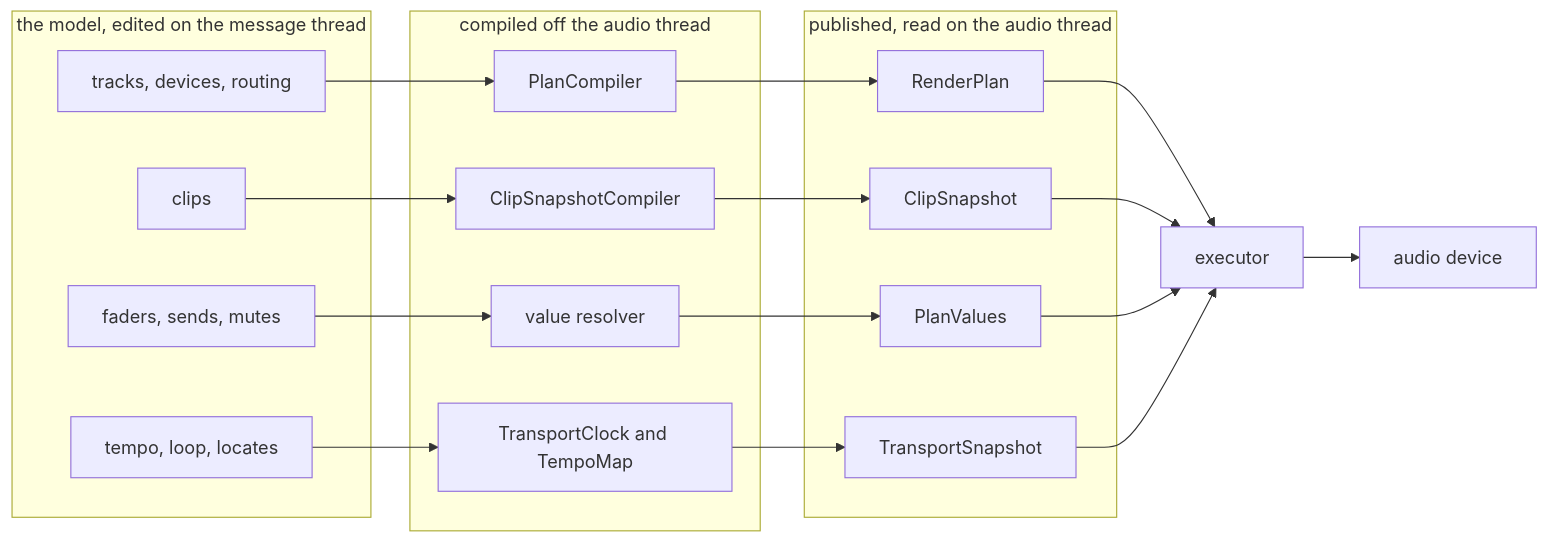
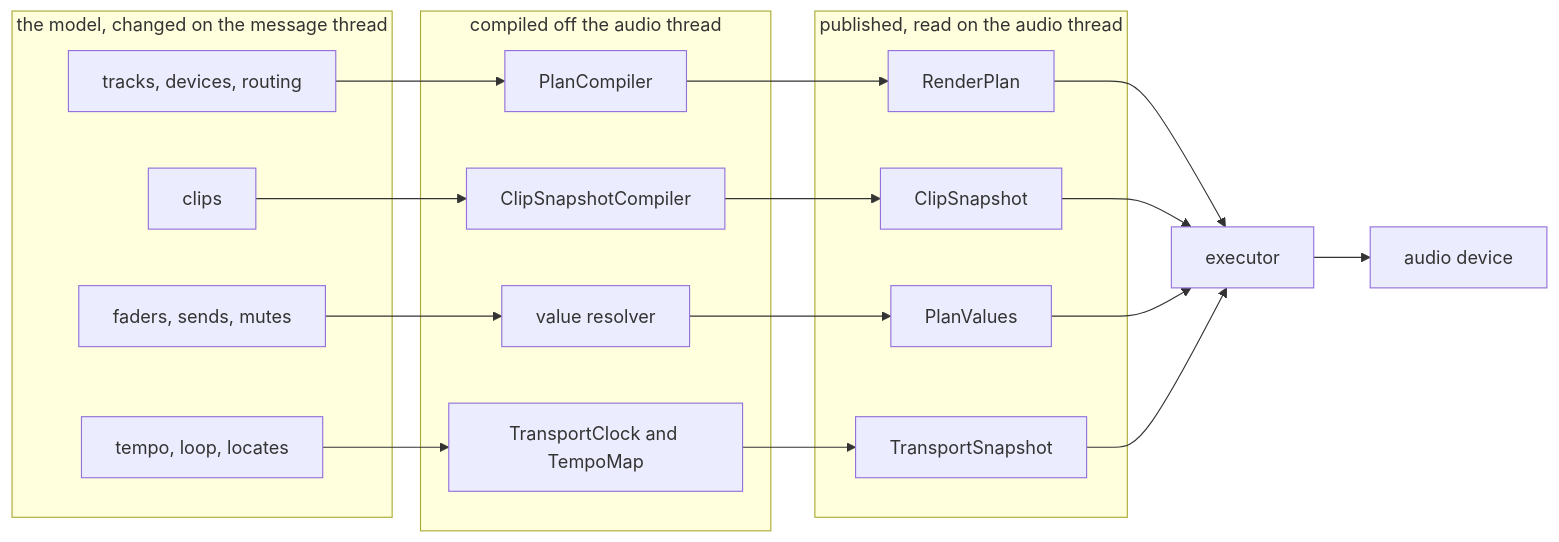
One commit to Conceptual-Machines/magda-core changed the first of 6 diagrams in docs/architecture/native-engine.md. Above: the diagram before and after it, drawn with Mermaid. The commit also changed other lines of this file, not shown here.

````diff
--- a/docs/architecture/native-engine.md
+++ b/docs/architecture/native-engine.md
@@ -71,34 +71,34 @@
 ```mermaid
 flowchart LR
-    subgraph model["the model, edited on the message thread"]
+    subgraph model["the model, changed on the message thread"]
         T["tracks, devices, routing"]
         C["clips"]
         V["faders, sends, mutes"]
         M["tempo, loop, locates"]
     end
 
     subgraph compiled["compiled off the audio thread"]
         PC["PlanCompiler"]
         CC["ClipSnapshotCompiler"]
         VR["value resolver"]
         TC["TransportClock and TempoMap"]
     end
 
     subgraph live["published, read on the audio thread"]
         P["RenderPlan"]
         S["ClipSnapshot"]
         PV["PlanValues"]
         TS["TransportSnapshot"]
     end
 
     T --> PC --> P
     C --> CC --> S
     V --> VR --> PV
     M --> TC --> TS
 
     P --> EX["executor"]
     S --> EX
     PV --> EX
     TS --> EX
     EX --> OUT["audio device"]
 ```
````
